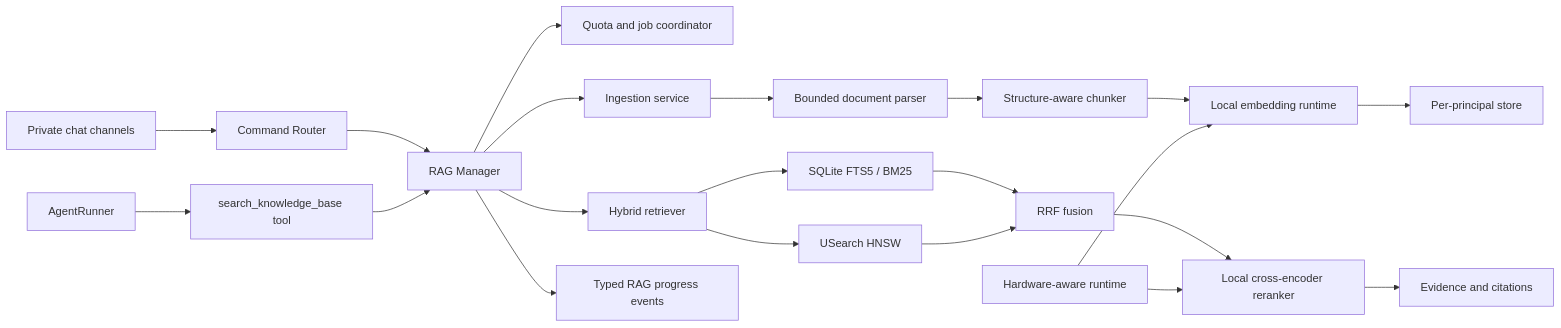
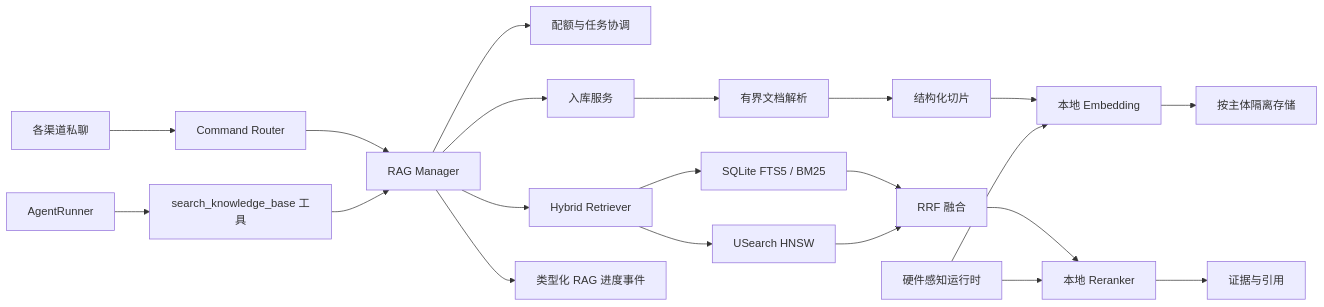
One commit to ShangguanWenqin/nanobot changed the diagram in docs/superpowers/specs/2026-08-11-local-private-rag-design.md. Above: the diagram before and after it, drawn with Mermaid. The commit also changed other lines of this file and 9 other files, not shown here.

Commit message:
docs: define local private RAG change

````diff
--- a/docs/superpowers/specs/2026-08-11-local-private-rag-design.md
+++ b/docs/superpowers/specs/2026-08-11-local-private-rag-design.md
@@ -79,27 +61,27 @@
 ```mermaid
 flowchart LR
-    C["Private chat channels"] --> CR["Command Router"]
+    C["各渠道私聊"] --> CR["Command Router"]
     CR --> RM["RAG Manager"]
-    AR["AgentRunner"] --> T["search_knowledge_base tool"]
+    AR["AgentRunner"] --> T["search_knowledge_base 工具"]
     T --> RM
 
-    RM --> Q["Quota and job coordinator"]
-    RM --> I["Ingestion service"]
-    RM --> R["Hybrid retriever"]
+    RM --> Q["配额与任务协调"]
+    RM --> I["入库服务"]
+    RM --> R["Hybrid Retriever"]
 
-    I --> P["Bounded document parser"]
-    P --> CH["Structure-aware chunker"]
-    CH --> E["Local embedding runtime"]
-    E --> S["Per-principal store"]
+    I --> P["有界文档解析"]
+    P --> CH["结构化切片"]
+    CH --> E["本地 Embedding"]
+    E --> S["按主体隔离存储"]
 
     R --> B["SQLite FTS5 / BM25"]
     R --> V["USearch HNSW"]
-    B --> F["RRF fusion"]
+    B --> F["RRF 融合"]
     V --> F
-    F --> RR["Local cross-encoder reranker"]
-    RR --> X["Evidence and citations"]
+    F --> RR["本地 Reranker"]
+    RR --> X["证据与引用"]
 
-    H["Hardware-aware runtime"] --> E
+    H["硬件感知运行时"] --> E
     H --> RR
-    RM --> EV["Typed RAG progress events"]
+    RM --> EV["类型化 RAG 进度事件"]
 ```
````
